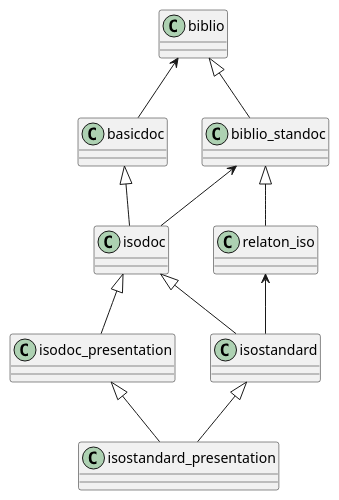
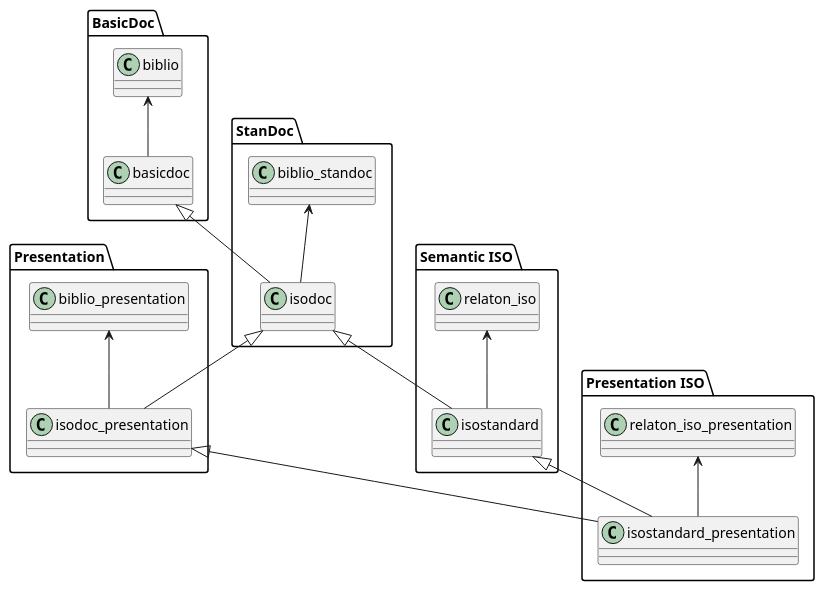
The third of 3 diagrams in iso/documentation/sections/01-models.adoc (metanorma/standoc-models), drawn with PlantUML before and after one commit. The commit also changed other lines of this file and 3 other files, not shown here.

```diff
--- a/iso/documentation/sections/01-models.adoc
+++ b/iso/documentation/sections/01-models.adoc
@@ -16,15 +69,35 @@
 [plantuml]
 ....
 @startuml
+package BasicDoc {
+  class biblio
+  class basicdoc
+}
+package StanDoc {
+  class biblio_standoc
+  class isodoc
+}
+package Presentation {
+  class biblio_presentation
+  class isodoc_presentation
+}
+package "Semantic ISO" {
+  class relaton_iso
+  class isostandard
+}
+package "Presentation ISO" {
+  class relaton_iso_presentation
+  class isostandard_presentation
+}
 biblio <-- basicdoc
-biblio <|-- biblio_standoc
 basicdoc <|-- isodoc
 biblio_standoc <-- isodoc
-biblio_standoc <|-- relaton_iso
 isodoc <|-- isostandard
 relaton_iso <-- isostandard
 isodoc <|-- isodoc_presentation
+biblio_presentation <-- isodoc_presentation
 isostandard <|-- isostandard_presentation
 isodoc_presentation <|-- isostandard_presentation
+relaton_iso_presentation <-- isostandard_presentation
 @enduml
 ....
```
